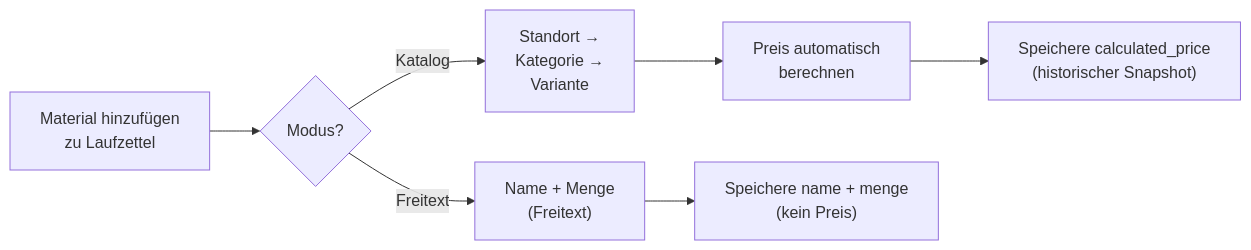
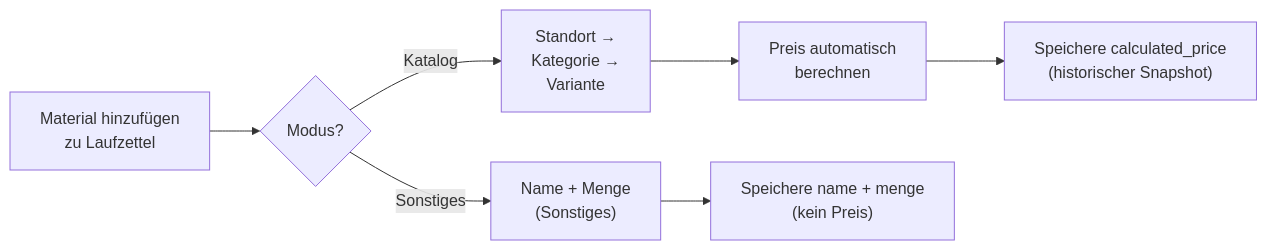
Before and after one commit to AlexErlewein/MakerPi_GroundControl: the second of 2 diagrams in docs/03-tags-and-laufzettel.de.md, drawn with Mermaid. The commit also changed other lines of this file and 16 other files, not shown here.

Commit message:
feat: changed UI to use Sonstiges instead of Freitext

````diff
--- a/docs/03-tags-and-laufzettel.de.md
+++ b/docs/03-tags-and-laufzettel.de.md
@@ -83,9 +83,9 @@
 ```mermaid
 flowchart LR
     M["Material hinzufügen\nzu Laufzettel"] --> Mode{"Modus?"}
-    Mode -->|Freitext| FT["Name + Menge\n(Freitext)"]
+    Mode -->|Sonstiges| FT["Name + Menge\n(Sonstiges)"]
     Mode -->|Katalog| CAT["Standort →\nKategorie →\nVariante"]
     CAT --> PRICE["Preis automatisch\nberechnen"]
     PRICE --> STORE["Speichere calculated_price\n(historischer Snapshot)"]
     FT --> STORE2["Speichere name + menge\n(kein Preis)"]
 ```
````
